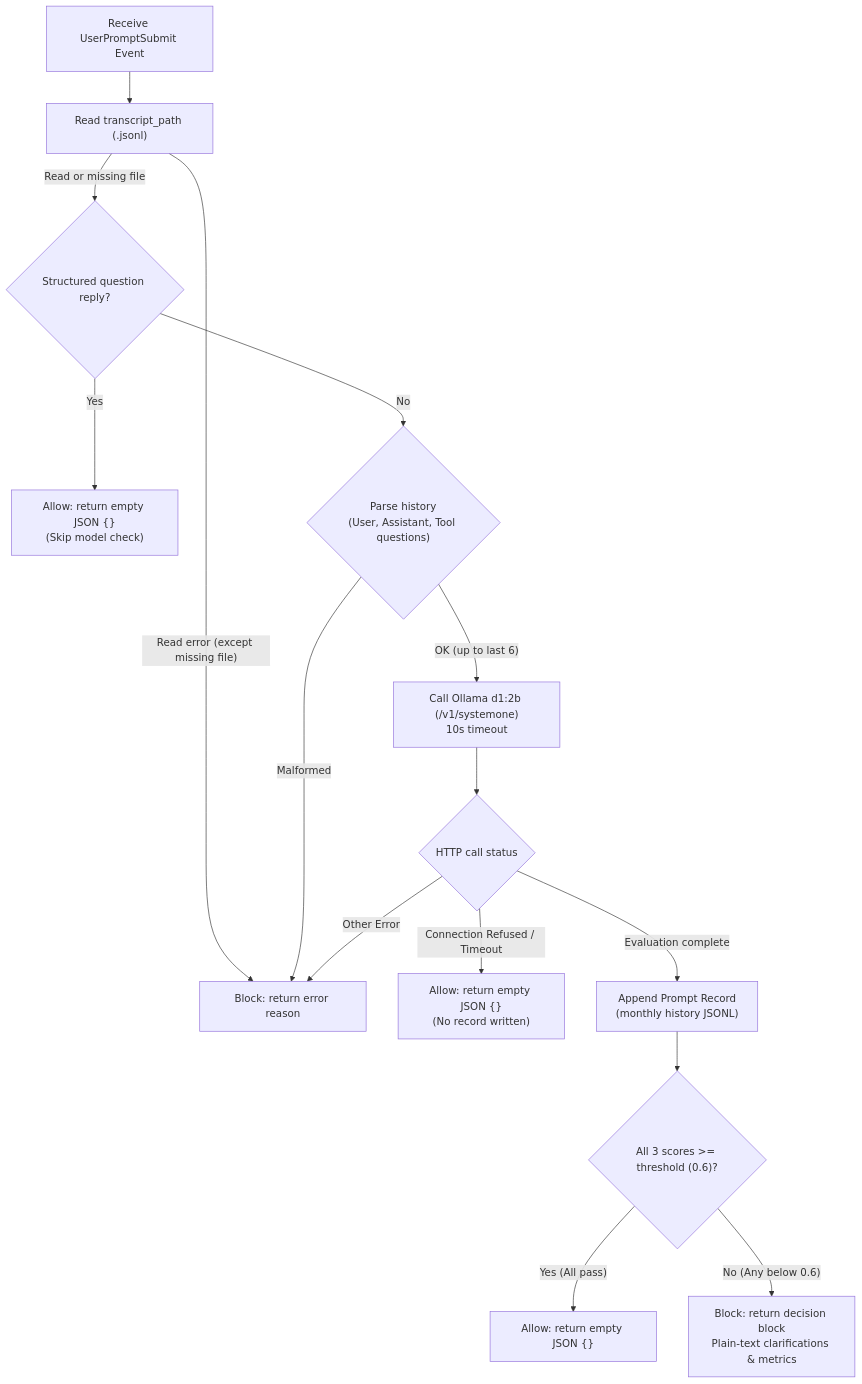
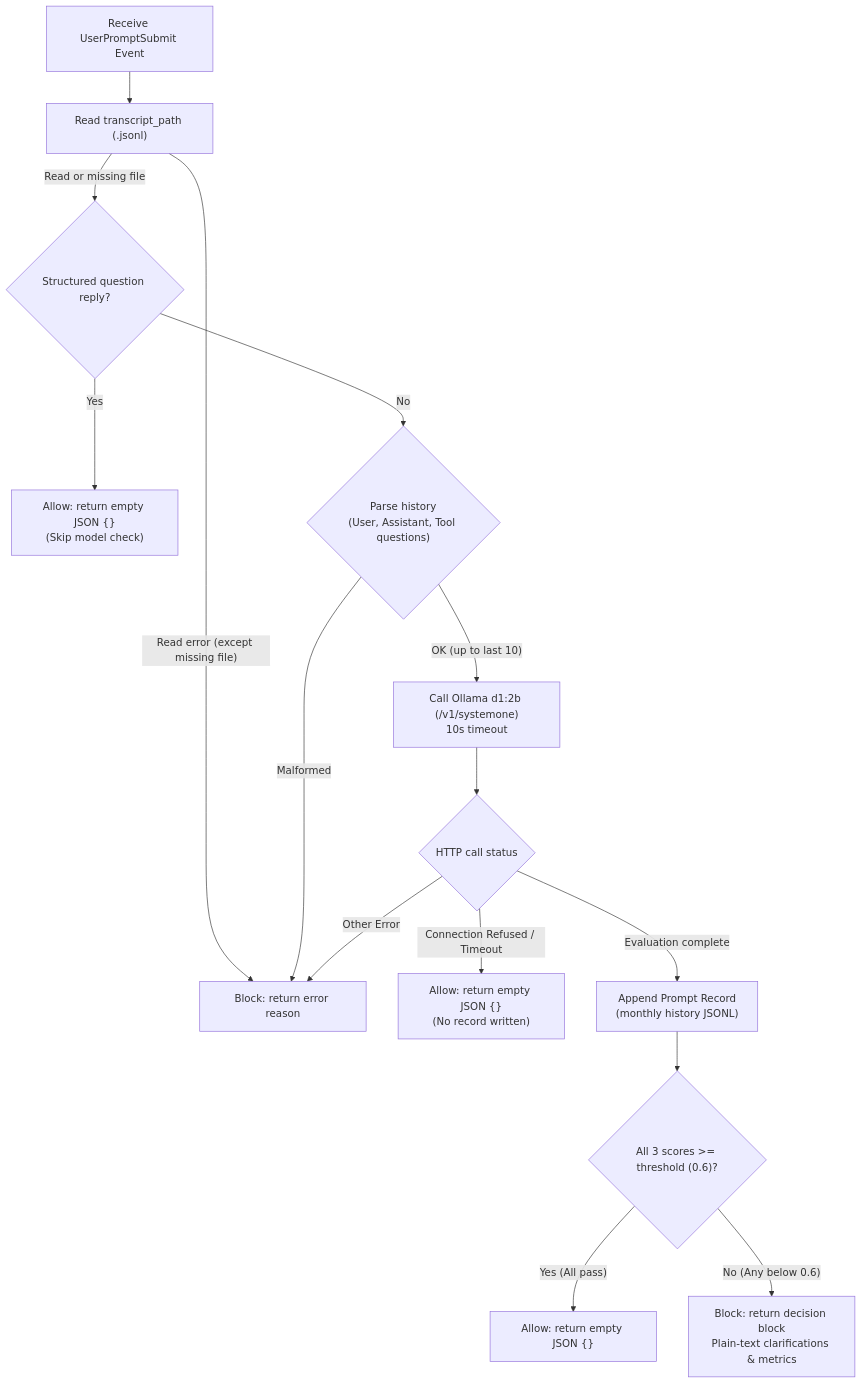
One commit to tyPhoon-collab/user-prompt-checker changed the second of 2 diagrams in README.md. Above: the diagram before and after it, drawn with Mermaid. The commit also changed other lines of this file and 4 other files, not shown here.

````diff
--- a/README.md
+++ b/README.md
@@ -105,19 +105,19 @@
 ```mermaid
 flowchart TD
     Start["Receive UserPromptSubmit Event"] --> ReadTranscript["Read transcript_path (.jsonl)"]
     ReadTranscript -- "Read error (except missing file)" --> BlockError["Block: return error reason"]
     ReadTranscript -- "Read or missing file" --> IsReply{"Structured question reply?"}
     IsReply -- "Yes" --> AllowSkip["Allow: return empty JSON {}\n(Skip model check)"]
     IsReply -- "No" --> ParseHistory{"Parse history\n(User, Assistant, Tool questions)"}
     ParseHistory -- "Malformed" --> BlockError
-    ParseHistory -- "OK (up to last 6)" --> CallOllama["Call Ollama d1:2b (/v1/systemone)\n10s timeout"]
+    ParseHistory -- "OK (up to last 10)" --> CallOllama["Call Ollama d1:2b (/v1/systemone)\n10s timeout"]
 
     CallOllama --> NetResult{"HTTP call status"}
     NetResult -- "Connection Refused / Timeout" --> AllowNet["Allow: return empty JSON {}\n(No record written)"]
     NetResult -- "Other Error" --> BlockError
     NetResult -- "Evaluation complete" --> SaveHistory["Append Prompt Record\n(monthly history JSONL)"]
     SaveHistory --> EvaluateScores{"All 3 scores >= threshold (0.6)?"}
 
     EvaluateScores -- "Yes (All pass)" --> AllowPass["Allow: return empty JSON {}"]
     EvaluateScores -- "No (Any below 0.6)" --> BlockDecision["Block: return decision block\nPlain-text clarifications & metrics"]
 ```
````
